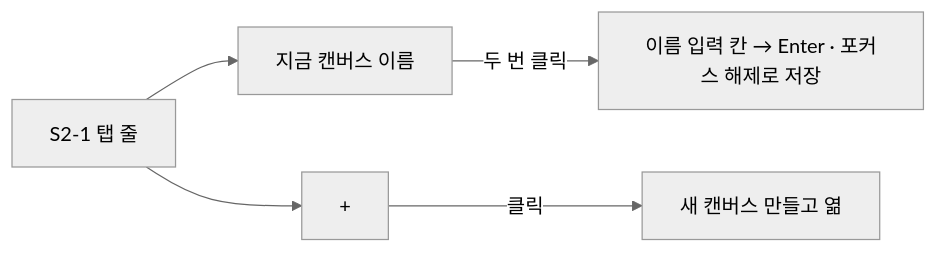
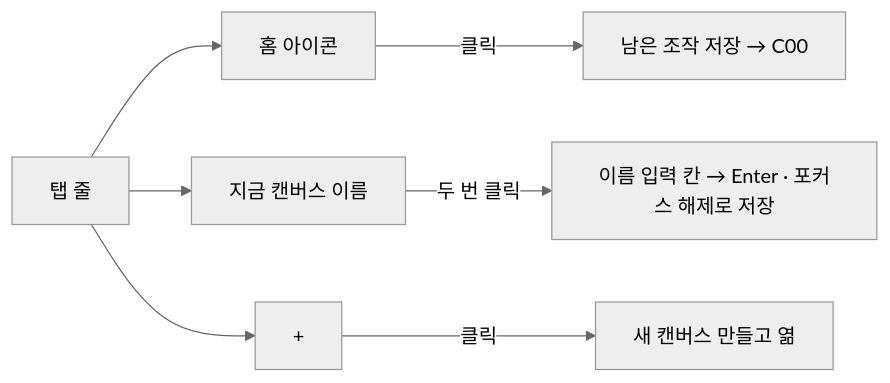
Before and after one commit to vamos-team/telescope: the fourth of 12 diagrams in docs/frontend/ia.md, drawn with Mermaid (neutral theme). The commit also changed other lines of this file and 2 other files, not shown here.

````diff
--- a/docs/frontend/ia.md
+++ b/docs/frontend/ia.md
@@ -88,7 +174,9 @@
 ```mermaid
 flowchart LR
-  T["S2-1 탭 줄"] --> T1["지금 캔버스 이름"]
+  T["탭 줄"] --> T0["홈 아이콘"]
+  T --> T1["지금 캔버스 이름"]
+  T0 -->|클릭| R0["남은 조작 저장 → C00"]
   T --> T2["+"]
   T1 -->|두 번 클릭| R1["이름 입력 칸 → Enter · 포커스 해제로 저장"]
   T2 -->|클릭| R2["새 캔버스 만들고 엶"]
 ```
````
